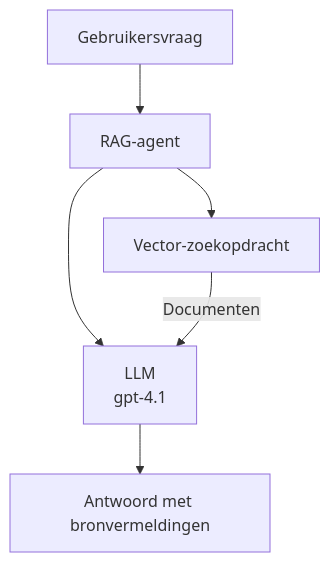
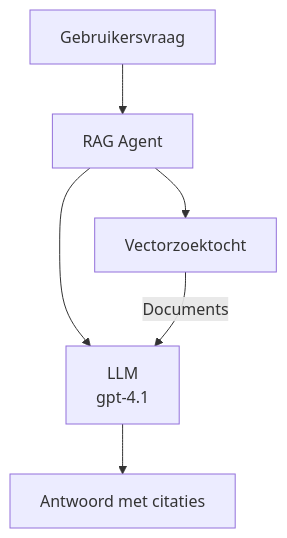
The second of 3 diagrams in translations/nl/docs/chapter-02-ai-development/agents.md (microsoft/AZD-for-beginners), drawn with Mermaid before and after one commit. The commit also changed other lines of this file and 61 other files, not shown here.

````diff
--- a/translations/nl/docs/chapter-02-ai-development/agents.md
+++ b/translations/nl/docs/chapter-02-ai-development/agents.md
@@ -181,8 +181,8 @@
 ```mermaid
 graph TD
-    Query[Gebruikersvraag] --> RAG[RAG-agent]
-    RAG --> Vector[Vector-zoekopdracht]
+    Query[Gebruikersvraag] --> RAG[RAG Agent]
+    RAG --> Vector[Vectorzoektocht]
     RAG --> LLM[LLM<br/>gpt-4.1]
-    Vector -- Documenten --> LLM
-    LLM --> Response[Antwoord met bronvermeldingen]
+    Vector -- Documents --> LLM
+    LLM --> Response[Antwoord met citaties]
 ```
````
